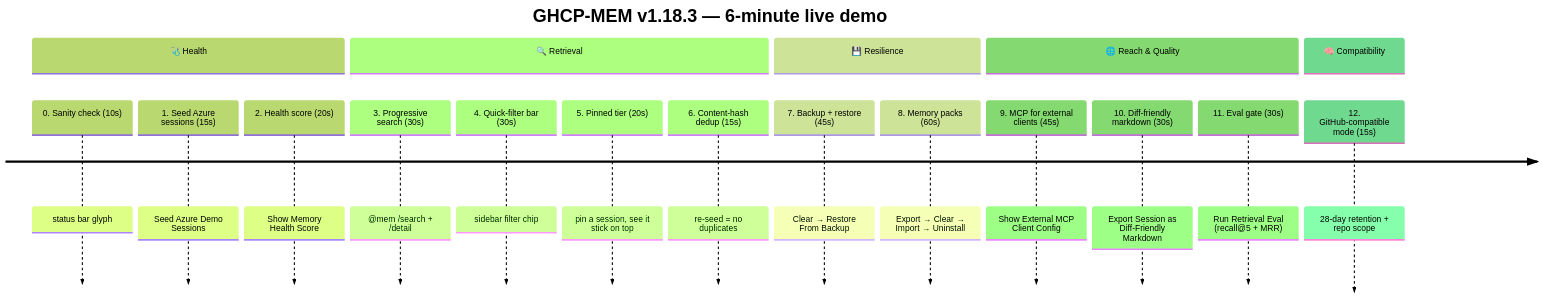
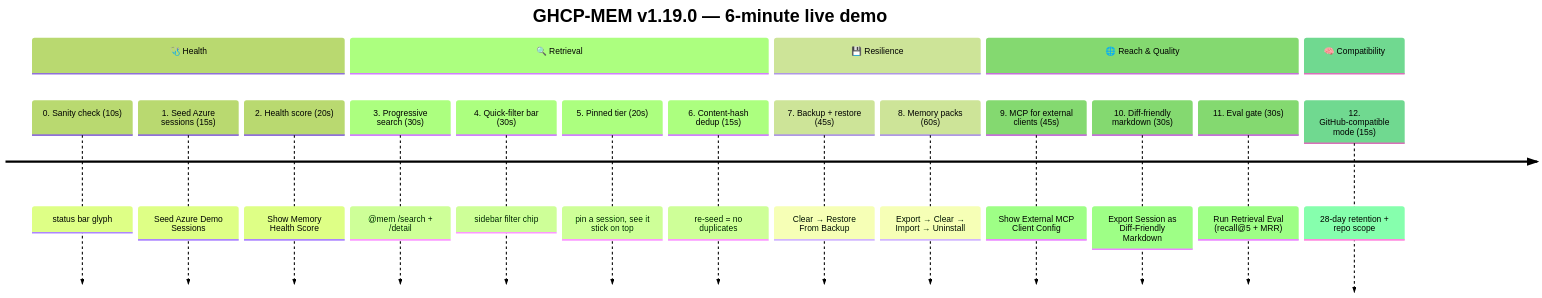
Before and after one commit to ITcredibl/ghcp-mem: the first of 5 diagrams in docs/DEMO.md, drawn with Mermaid (forest theme). The commit also changed other lines of this file and 43 other files, not shown here.

````diff
--- a/docs/DEMO.md
+++ b/docs/DEMO.md
@@ -20,22 +20,22 @@
 ```mermaid
 timeline
-    title GHCP-MEM v1.18.3 — 6-minute live demo
+    title GHCP-MEM v1.19.0 — 6-minute live demo
     section 🩺 Health
         0. Sanity check (10s)              : status bar glyph
         1. Seed Azure sessions (15s)       : Seed Azure Demo Sessions
         2. Health score (20s)              : Show Memory Health Score
     section 🔍 Retrieval
         3. Progressive search (30s)        : @mem /search + /detail
         4. Quick-filter bar (30s)          : sidebar filter chip
         5. Pinned tier (20s)               : pin a session, see it stick on top
         6. Content-hash dedup (15s)        : re-seed = no duplicates
     section 💾 Resilience
         7. Backup + restore (45s)          : Clear → Restore From Backup
         8. Memory packs (60s)              : Export → Clear → Import → Uninstall
     section 🌐 Reach & Quality
         9. MCP for external clients (45s)  : Show External MCP Client Config
         10. Diff-friendly markdown (30s)   : Export Session as Diff-Friendly Markdown
         11. Eval gate (30s)                : Run Retrieval Eval (recall@5 + MRR)
     section 🧠 Compatibility
         12. GitHub-compatible mode (15s)   : 28-day retention + repo scope
 ```
````
